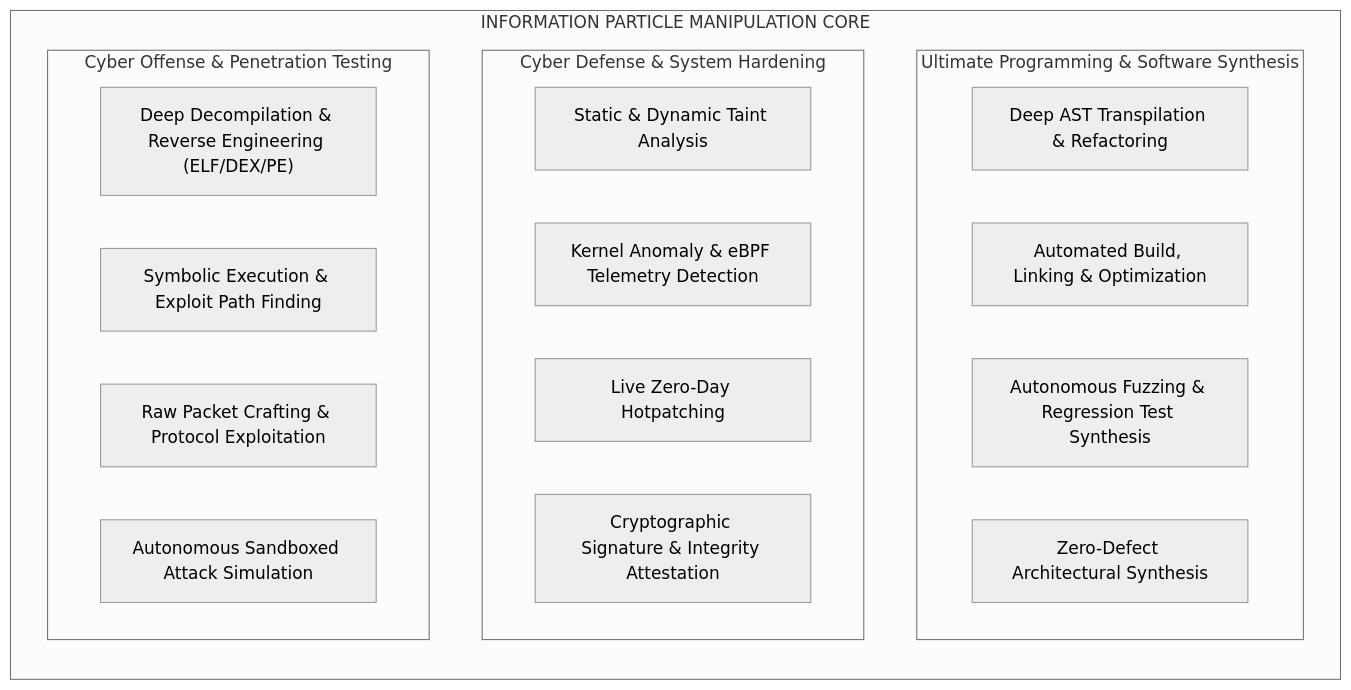
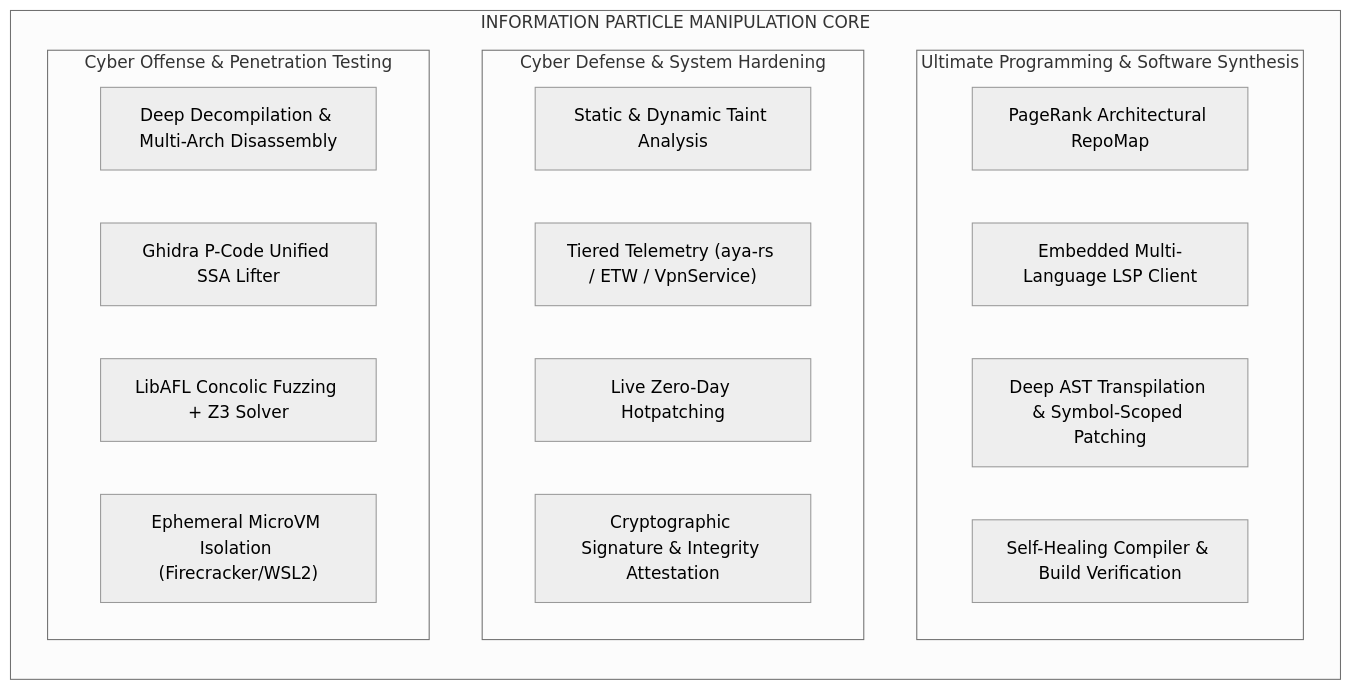
Before and after one commit to Imperialorg/Eonba: the fourth of 5 diagrams in docs/CIEL_CORE_SPECIFICATION.md, drawn with Mermaid (neutral theme). The commit also changed other lines of this file and 24 other files, not shown here.

````diff
--- a/docs/CIEL_CORE_SPECIFICATION.md
+++ b/docs/CIEL_CORE_SPECIFICATION.md
@@ -103,26 +169,26 @@
 ```mermaid
 flowchart TD
     subgraph IPM["INFORMATION PARTICLE MANIPULATION CORE"]
         direction TB
         subgraph DevCore["Ultimate Programming & Software Synthesis"]
-            AST["Deep AST Transpilation & Refactoring"]
-            Compiler["Automated Build, Linking & Optimization"]
-            TestGen["Autonomous Fuzzing & Regression Test Synthesis"]
-            Arch["Zero-Defect Architectural Synthesis"]
+            RepoMap["PageRank Architectural RepoMap"]
+            LSP["Embedded Multi-Language LSP Client"]
+            AST["Deep AST Transpilation & Symbol-Scoped Patching"]
+            Compiler["Self-Healing Compiler & Build Verification"]
         end
 
         subgraph CyberDef["Cyber Defense & System Hardening"]
             Taint["Static & Dynamic Taint Analysis"]
-            eBPF["Kernel Anomaly & eBPF Telemetry Detection"]
+            eBPF["Tiered Telemetry (aya-rs / ETW / VpnService)"]
             AutoPatch["Live Zero-Day Hotpatching"]
             Audit["Cryptographic Signature & Integrity Attestation"]
         end
 
         subgraph CyberOff["Cyber Offense & Penetration Testing"]
-            Decomp["Deep Decompilation & Reverse Engineering (ELF/DEX/PE)"]
-            SymExec["Symbolic Execution & Exploit Path Finding"]
-            PktCraft["Raw Packet Crafting & Protocol Exploitation"]
-            RedTeam["Autonomous Sandboxed Attack Simulation"]
+            Decomp["Deep Decompilation & Multi-Arch Disassembly"]
+            IRLift["Ghidra P-Code Unified SSA Lifter"]
+            Concolic["LibAFL Concolic Fuzzing + Z3 Solver"]
+            Sandbox["Ephemeral MicroVM Isolation (Firecracker/WSL2)"]
         end
     end
 ```
````
